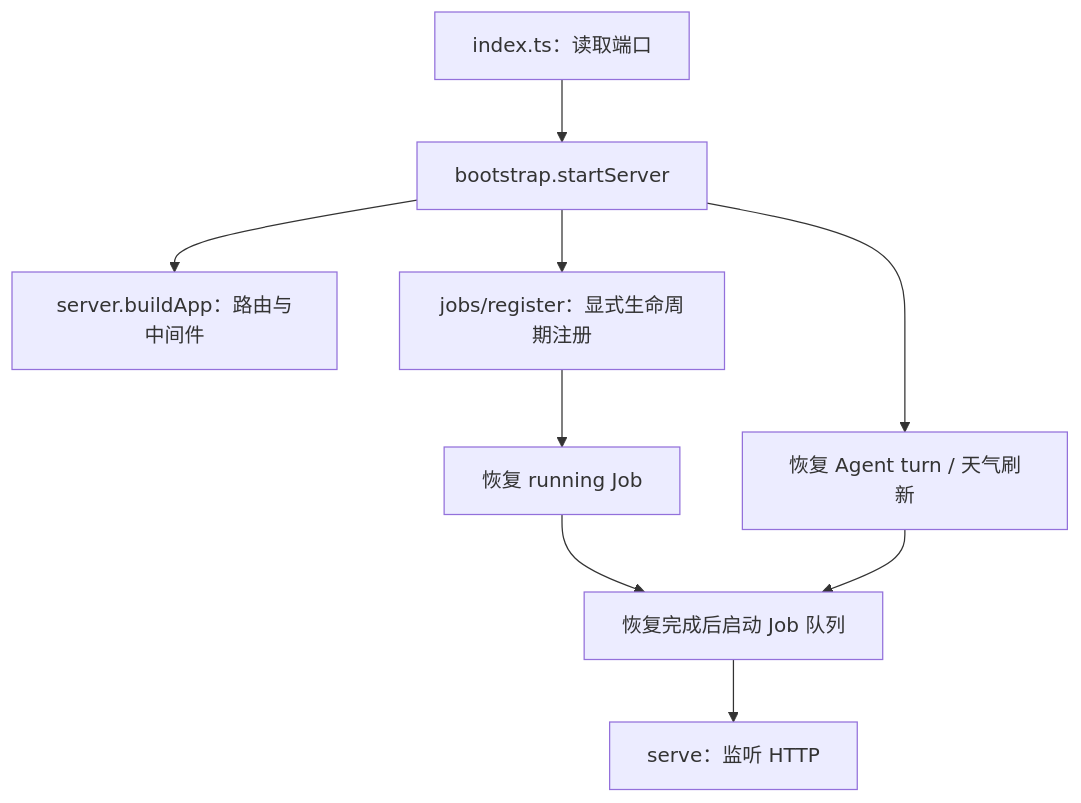
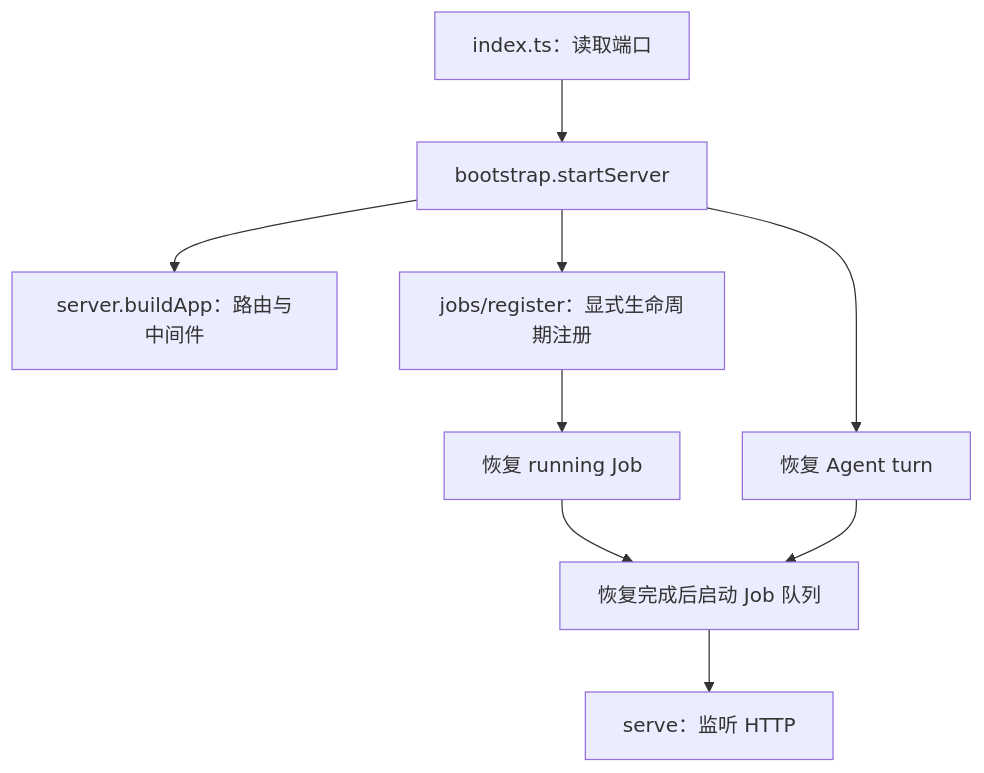
One commit to mefive/jixie changed the diagram in docs/backend-architecture.md. Above: the diagram before and after it, drawn with Mermaid. The commit also changed other lines of this file and 101 other files, not shown here.

````diff
--- a/docs/backend-architecture.md
+++ b/docs/backend-architecture.md
@@ -92,11 +92,11 @@
 ```mermaid
 flowchart TD
   I["index.ts：读取端口"] --> B["bootstrap.startServer"]
   B --> A["server.buildApp：路由与中间件"]
   B --> E["jobs/register：显式生命周期注册"]
   E --> R["恢复 running Job"]
-  B --> T["恢复 Agent turn / 天气刷新"]
+  B --> T["恢复 Agent turn"]
   R --> Q["恢复完成后启动 Job 队列"]
   T --> Q
   Q --> H["serve：监听 HTTP"]
 ```
````
